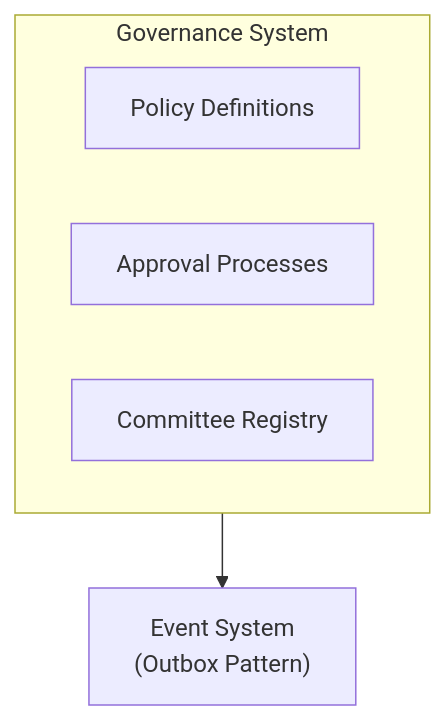
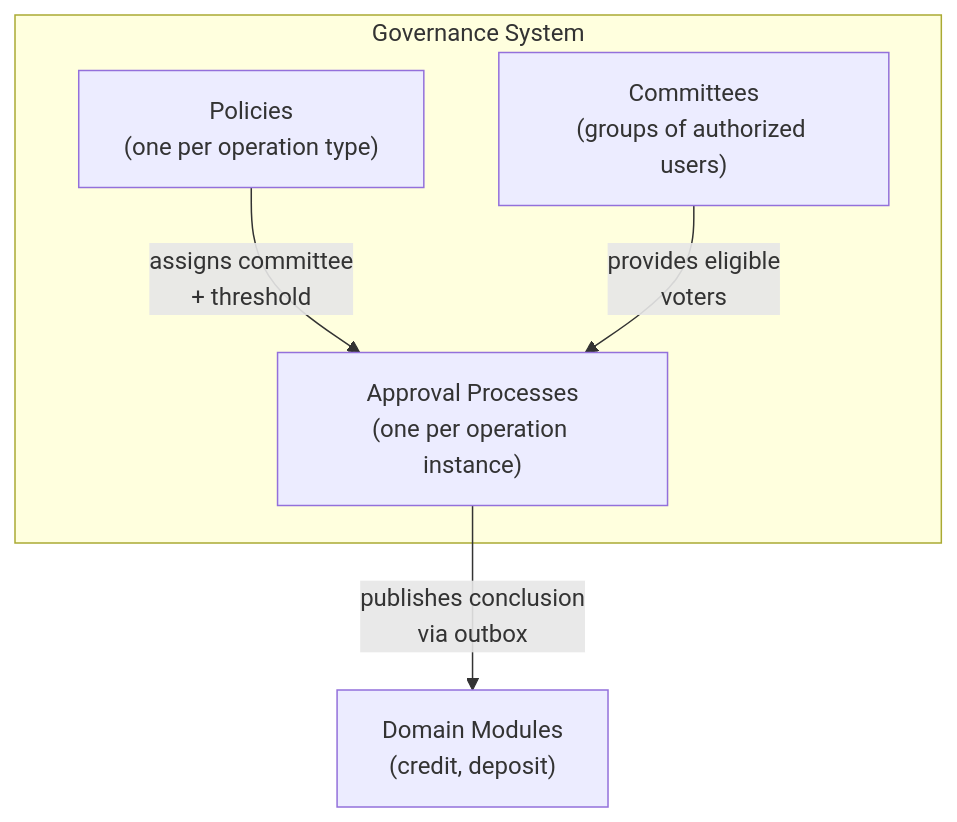
One commit to GaloyMoney/lana-bank changed the first of 2 diagrams in docs-site/docs/technical-documentation/approvals/index.md. Above: the diagram before and after it, drawn with Mermaid. The commit also changed other lines of this file and 19 other files, not shown here.

````diff
--- a/docs-site/docs/technical-documentation/approvals/index.md
+++ b/docs-site/docs/technical-documentation/approvals/index.md
@@ -35,9 +15,11 @@
 ```mermaid
 graph TD
     subgraph GOV["Governance System"]
-        POL["Policy Definitions"]
-        PROC["Approval Processes"]
-        COM["Committee Registry"]
+        POL["Policies<br/>(one per operation type)"]
+        COM["Committees<br/>(groups of authorized users)"]
+        PROC["Approval Processes<br/>(one per operation instance)"]
     end
-    GOV --> EVT["Event System<br/>(Outbox Pattern)"]
+    POL -->|"assigns committee<br/>+ threshold"| PROC
+    COM -->|"provides eligible<br/>voters"| PROC
+    PROC -->|"publishes conclusion<br/>via outbox"| EVT["Domain Modules<br/>(credit, deposit)"]
 ```
````
